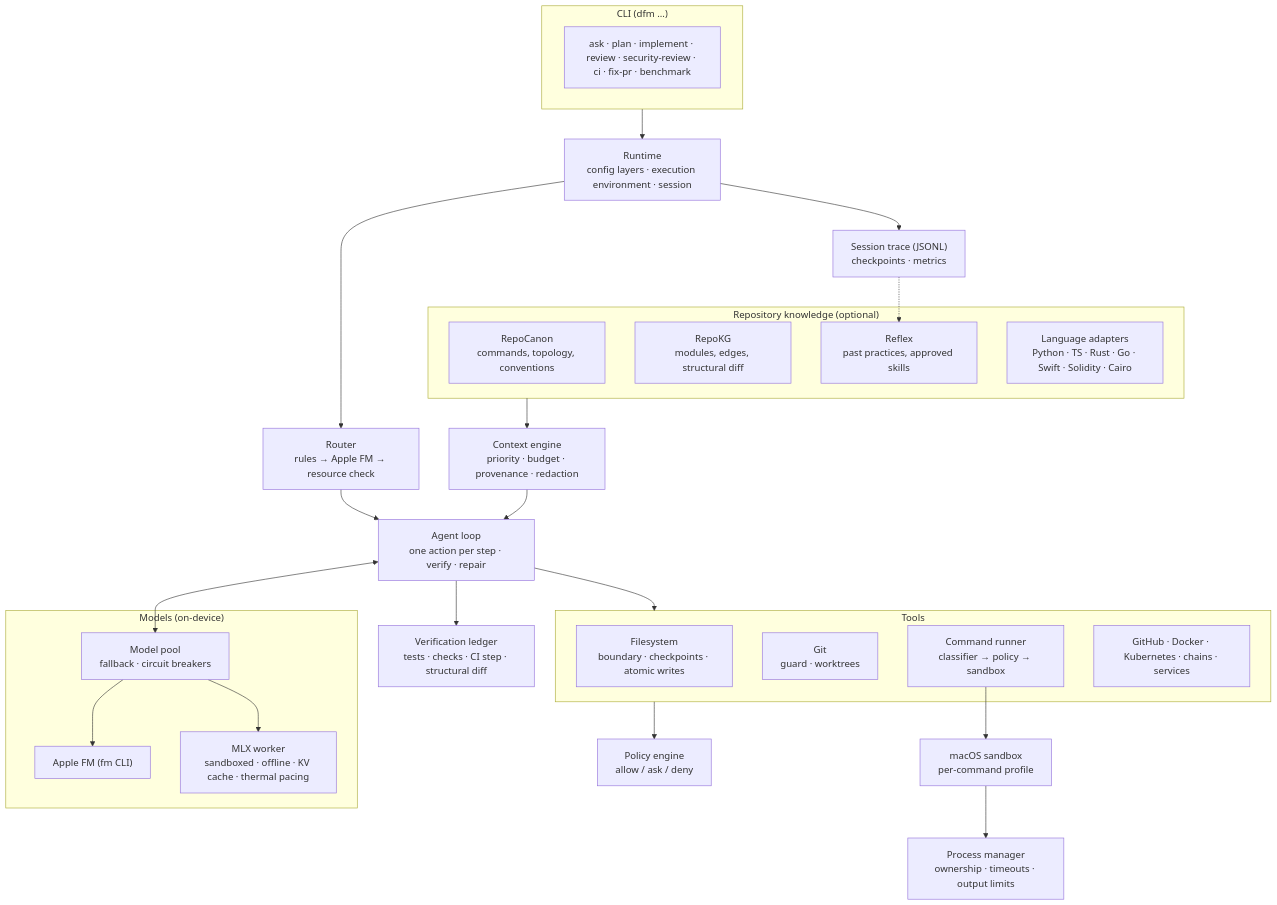
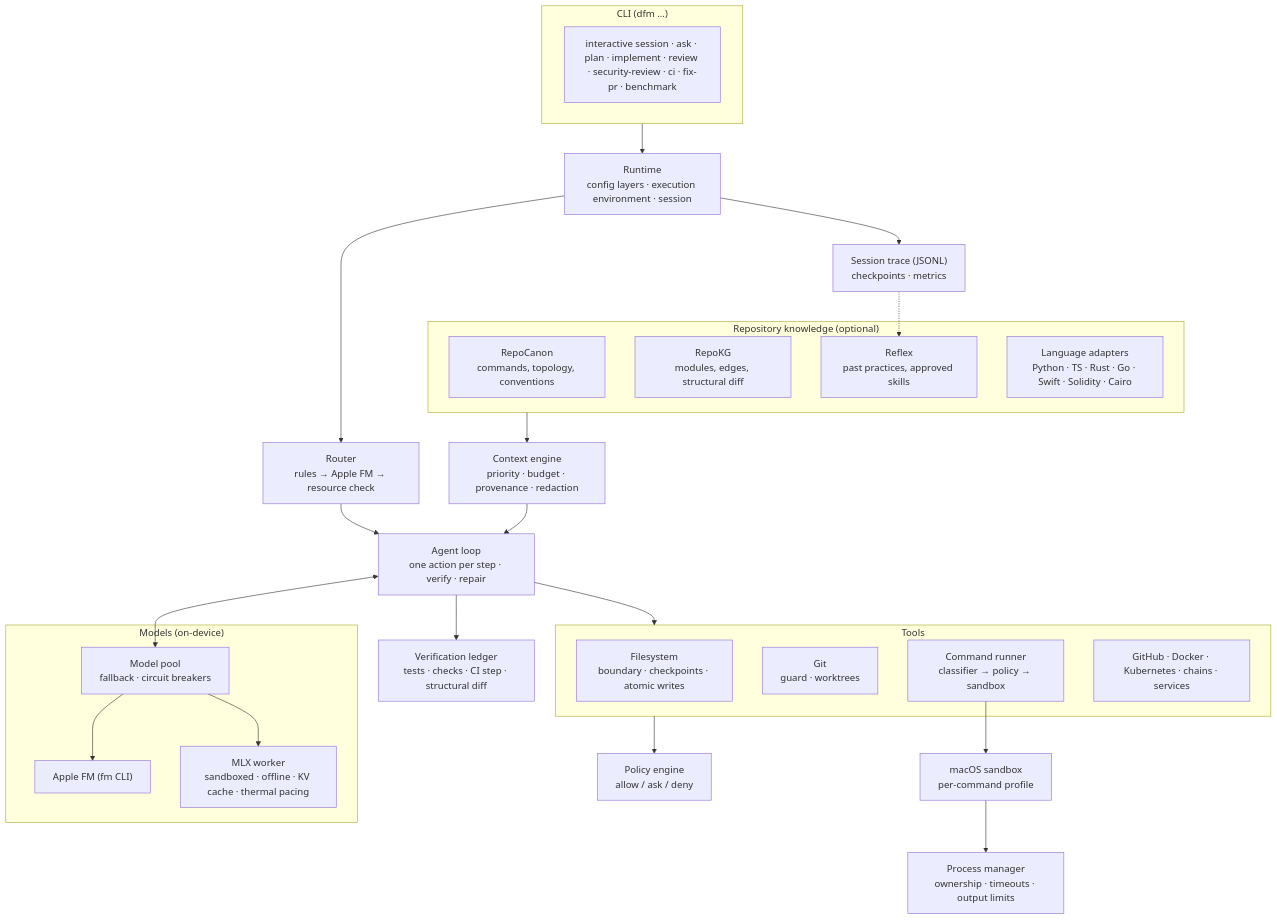
The first of 3 diagrams in ARCHITECTURE.md (NehharShah/dfm), drawn with Mermaid before and after one commit. The commit also changed 20 other files, not shown here.

First line of the commit message:
`dfm` in a terminal starts an interactive session (#6)

````diff
--- a/ARCHITECTURE.md
+++ b/ARCHITECTURE.md
@@ -29,44 +29,44 @@
 ```mermaid
 flowchart TB
     subgraph CLI["CLI (dfm ...)"]
-        modes["ask · plan · implement · review · security-review · ci · fix-pr · benchmark"]
+        modes["interactive session · ask · plan · implement · review · security-review · ci · fix-pr · benchmark"]
     end
 
     CLI --> RT["Runtime<br/>config layers · execution environment · session"]
     RT --> RO["Router<br/>rules → Apple FM → resource check"]
 
     subgraph Knowledge["Repository knowledge (optional)"]
         RC["RepoCanon<br/>commands, topology, conventions"]
         KG["RepoKG<br/>modules, edges, structural diff"]
         RX["Reflex<br/>past practices, approved skills"]
         LA["Language adapters<br/>Python · TS · Rust · Go · Swift · Solidity · Cairo"]
     end
 
     RO --> AL["Agent loop<br/>one action per step · verify · repair"]
     Knowledge --> CE["Context engine<br/>priority · budget · provenance · redaction"]
     CE --> AL
 
     subgraph Models["Models (on-device)"]
         POOL["Model pool<br/>fallback · circuit breakers"]
         FM["Apple FM (fm CLI)"]
         MLX["MLX worker<br/>sandboxed · offline · KV cache · thermal pacing"]
         POOL --> FM
         POOL --> MLX
     end
     AL <--> POOL
 
     subgraph Tools["Tools"]
         FS["Filesystem<br/>boundary · checkpoints · atomic writes"]
         GIT["Git<br/>guard · worktrees"]
         SH["Command runner<br/>classifier → policy → sandbox"]
         EXT["GitHub · Docker · Kubernetes · chains · services"]
     end
     AL --> Tools
     Tools --> POL["Policy engine<br/>allow / ask / deny"]
     SH --> SB["macOS sandbox<br/>per-command profile"]
     SB --> PM["Process manager<br/>ownership · timeouts · output limits"]
 
     AL --> VL["Verification ledger<br/>tests · checks · CI step · structural diff"]
     RT --> ST["Session trace (JSONL)<br/>checkpoints · metrics"]
     ST -.-> RX
 ```
````
